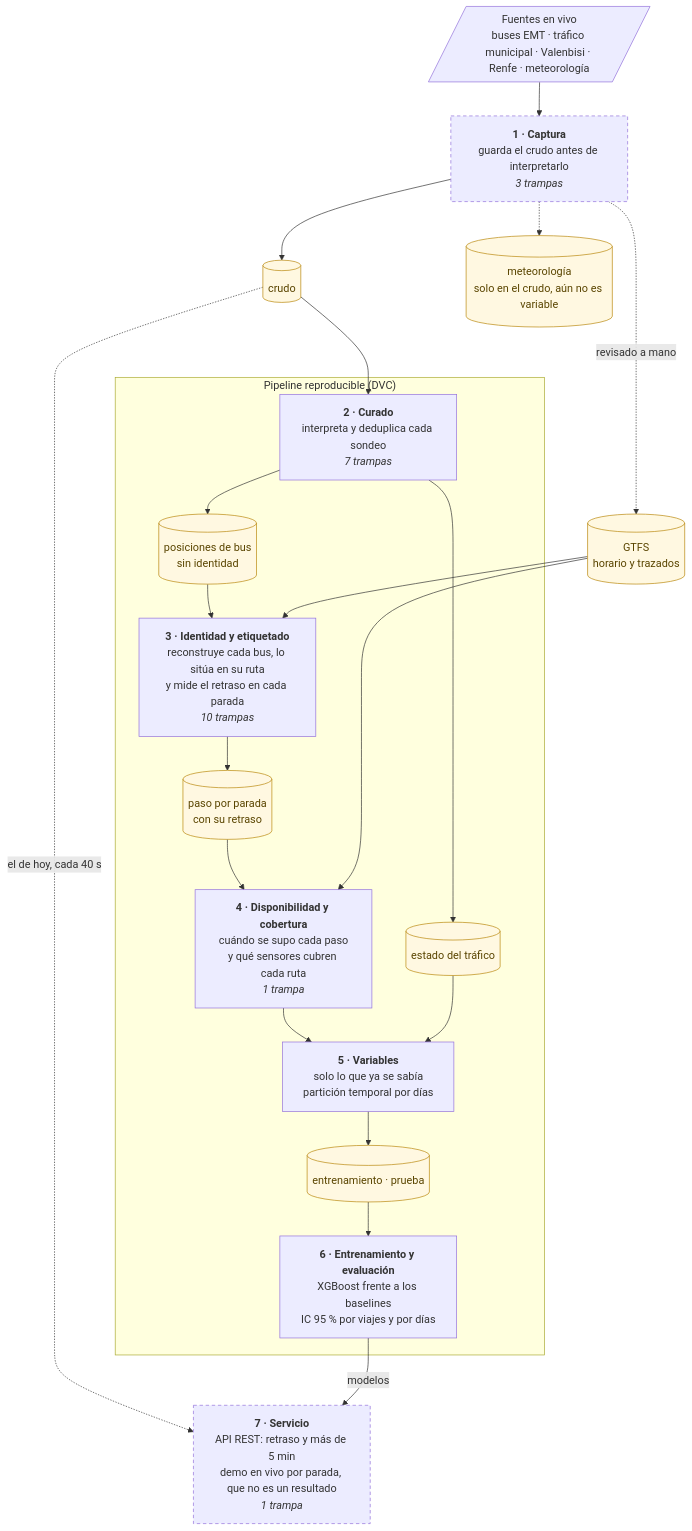
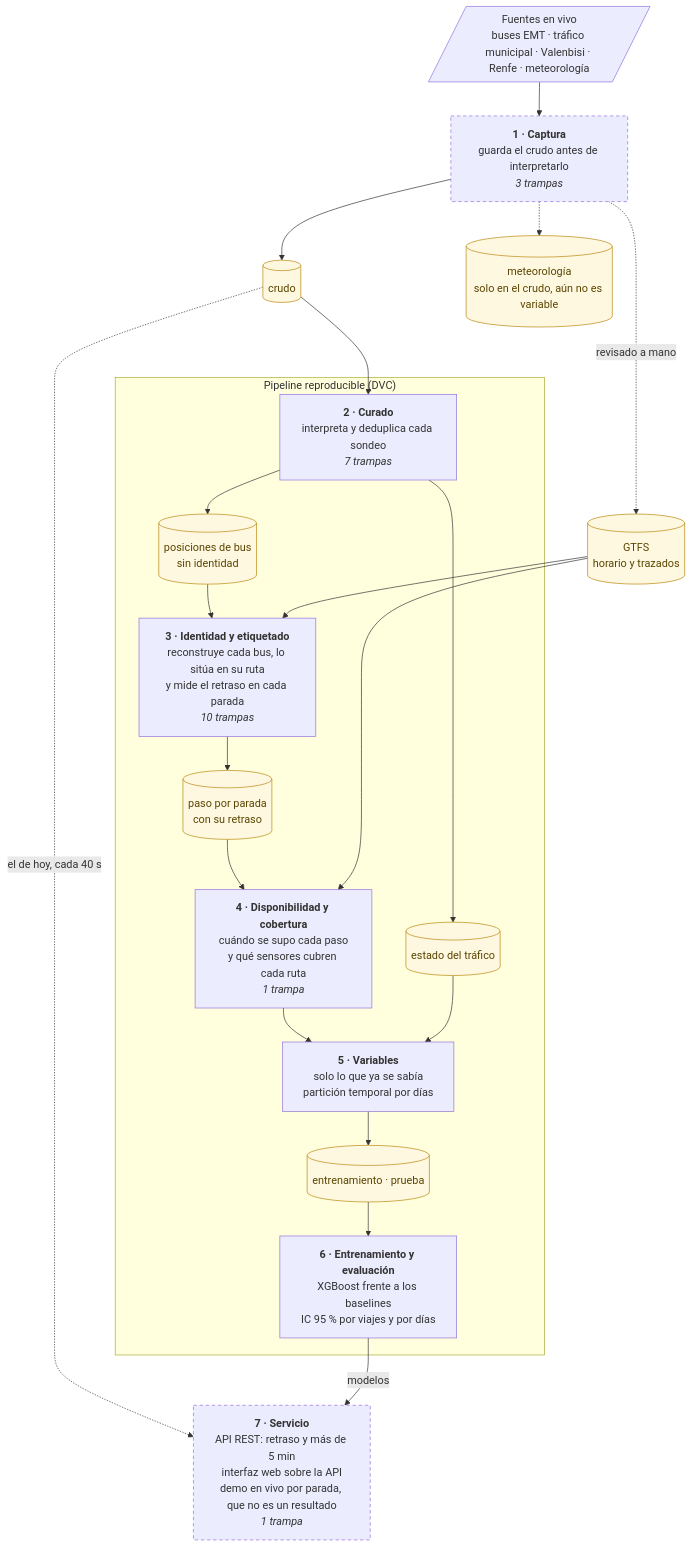
The diagram in docs/12_flujo_memoria.mmd (Oppen-OC/TFM), drawn with Mermaid before and after one commit. The commit also changed 4 other files, not shown here.

````diff
--- a/docs/12_flujo_memoria.mmd
+++ b/docs/12_flujo_memoria.mmd
@@ -1,46 +1,46 @@
 %% Flujo de datos del TFM para la memoria. Nombres de tesis, sin rutas ni tests:
 %% el detalle por función y test está en docs/12_flujo_de_datos.html.
 %% En Quarto:
 %%   ```{mermaid}
 %%   %%| file: 12_flujo_memoria.mmd
 %%   %%| fig-cap: "Flujo de datos, de la captura al servicio, con las trampas que protege cada etapa."
 %%   ```
 flowchart TD
     fuentes[/"Fuentes en vivo<br/>buses EMT · tráfico municipal · Valenbisi · Renfe · meteorología"/]
 
     captura["<b>1 · Captura</b><br/>guarda el crudo antes de interpretarlo<br/><i>3 trampas</i>"]:::fuera
     crudo[("crudo")]:::dato
     gtfs[("GTFS<br/>horario y trazados")]:::dato
     meteo[("meteorología<br/>solo en el crudo, aún no es variable")]:::dato
 
     subgraph dvc["Pipeline reproducible (DVC)"]
         curado["<b>2 · Curado</b><br/>interpreta y deduplica cada sondeo<br/><i>7 trampas</i>"]
         buses[("posiciones de bus<br/>sin identidad")]:::dato
         trafico[("estado del tráfico")]:::dato
         etiquetado["<b>3 · Identidad y etiquetado</b><br/>reconstruye cada bus, lo sitúa en su ruta<br/>y mide el retraso en cada parada<br/><i>10 trampas</i>"]
         pasos[("paso por parada<br/>con su retraso")]:::dato
         disponibilidad["<b>4 · Disponibilidad y cobertura</b><br/>cuándo se supo cada paso<br/>y qué sensores cubren cada ruta<br/><i>1 trampa</i>"]
         variables["<b>5 · Variables</b><br/>solo lo que ya se sabía<br/>partición temporal por días"]
         tablas[("entrenamiento · prueba")]:::dato
         modelos["<b>6 · Entrenamiento y evaluación</b><br/>XGBoost frente a los baselines<br/>IC 95 % por viajes y por días"]
     end
 
-    servicio["<b>7 · Servicio</b><br/>API REST: retraso y más de 5 min<br/>demo en vivo por parada, que no es un resultado<br/><i>1 trampa</i>"]:::fuera
+    servicio["<b>7 · Servicio</b><br/>API REST: retraso y más de 5 min<br/>interfaz web sobre la API<br/>demo en vivo por parada, que no es un resultado<br/><i>1 trampa</i>"]:::fuera
 
     fuentes --> captura
     captura --> crudo --> curado
     captura -.->|revisado a mano| gtfs
     captura -.-> meteo
     crudo -.->|el de hoy, cada 40 s| servicio
     curado --> buses --> etiquetado
     curado --> trafico
     gtfs --> etiquetado
     etiquetado --> pasos --> disponibilidad
     gtfs --> disponibilidad
     disponibilidad --> variables
     trafico --> variables
     variables --> tablas --> modelos
     modelos -- modelos --> servicio
 
     classDef dato fill:#fff8e1,stroke:#b8860b,color:#5a4500
     classDef fuera stroke-dasharray:5 4
````
